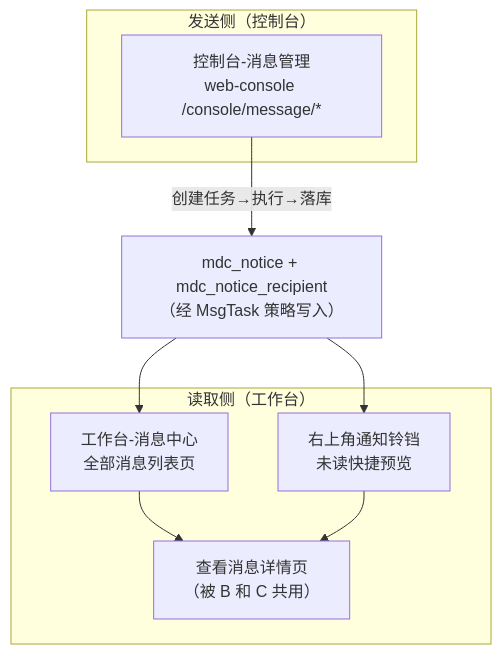
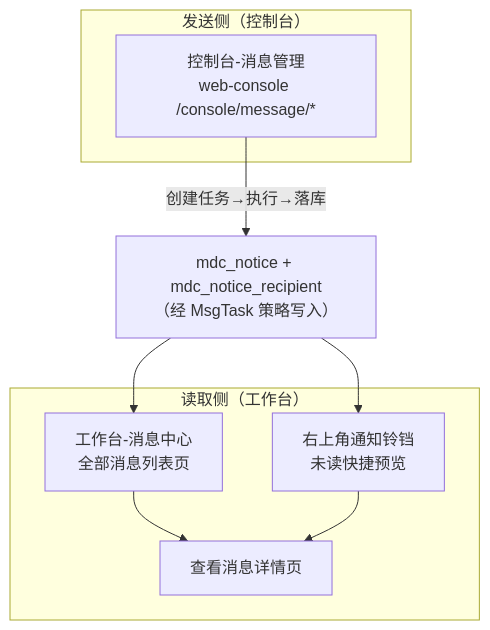
One commit to henhen6/mdp-docs changed the diagram in src/doc/advanced/message/消息读取与前端入口.md. Above: the diagram before and after it, drawn with Mermaid. The commit also changed other lines of this file and 4 other files, not shown here.

````diff
--- a/src/doc/advanced/message/消息读取与前端入口.md
+++ b/src/doc/advanced/message/消息读取与前端入口.md
@@ -44,18 +42,18 @@
 ```mermaid
 flowchart TB
     subgraph 发送侧["发送侧（控制台）"]
         A["控制台-消息管理<br/>web-console /console/message/*"]
     end
     N["mdc_notice + mdc_notice_recipient<br/>（经 MsgTask 策略写入）"]
     A -- "创建任务→执行→落库" --> N
 
     subgraph 读取侧["读取侧（工作台）"]
         B["工作台-消息中心<br/>全部消息列表页"]
         C["右上角通知铃铛<br/>未读快捷预览"]
-        D["查看消息详情页<br/>（被 B 和 C 共用）"]
+        D["查看消息详情页"]
     end
     N --> B
     N --> C
     B --> D
     C --> D
 ```
````
